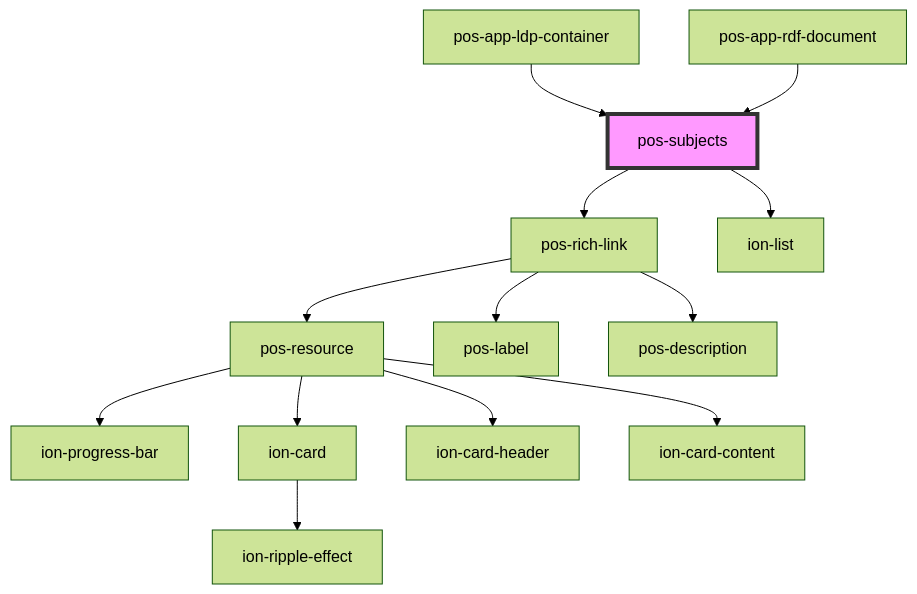
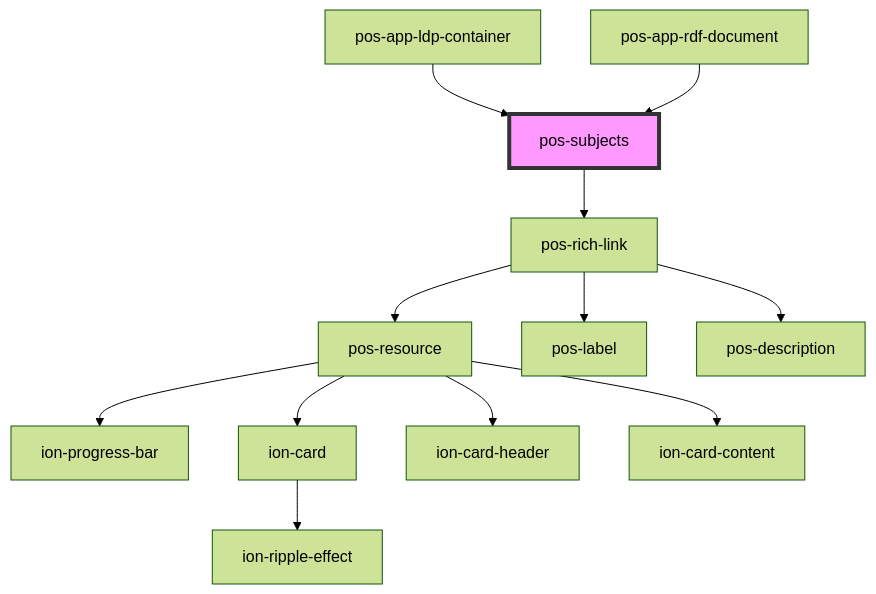
The diagram in docs/elements/components/pos-subjects/readme.md (pod-os/PodOS), drawn with Mermaid (forest theme) before and after one commit. The commit also changed other lines of this file and 9 other files, not shown here.

````diff
--- a/docs/elements/components/pos-subjects/readme.md
+++ b/docs/elements/components/pos-subjects/readme.md
@@ -28,16 +27,15 @@
 ```mermaid
 graph TD;
   pos-subjects --> pos-rich-link
-  pos-subjects --> ion-list
   pos-rich-link --> pos-resource
   pos-rich-link --> pos-label
   pos-rich-link --> pos-description
   pos-resource --> ion-progress-bar
   pos-resource --> ion-card
   pos-resource --> ion-card-header
   pos-resource --> ion-card-content
   ion-card --> ion-ripple-effect
   pos-app-ldp-container --> pos-subjects
   pos-app-rdf-document --> pos-subjects
   style pos-subjects fill:#f9f,stroke:#333,stroke-width:4px
 ```
````
